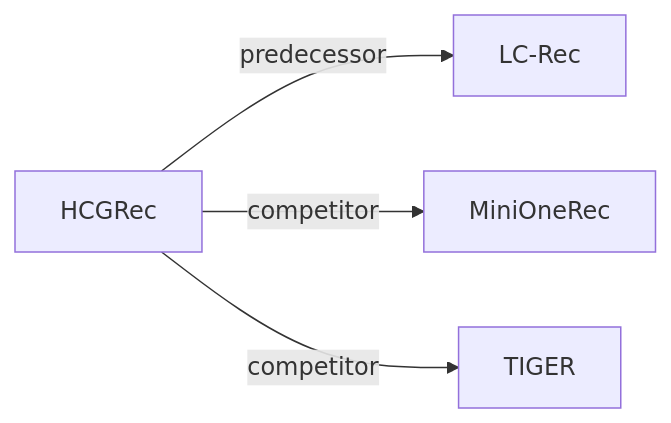
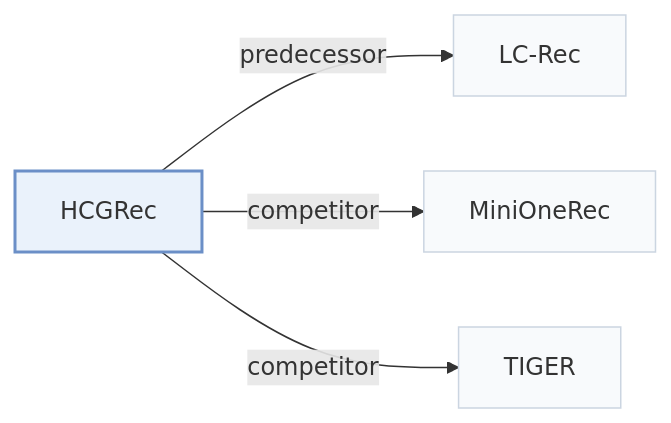
Before and after one commit to Galaxy-ghost/Awesome-SID-Generative-Rec: the second of 2 diagrams in pages/papers/hcgrec.md, drawn with Mermaid. The commit also changed other lines of this file and 649 other files, not shown here.

Commit message:
writer-05: also tags and modality index (schema, check, build, visuals); summary field removed; calibration data for 12 papers

````diff
--- a/pages/papers/hcgrec.md
+++ b/pages/papers/hcgrec.md
@@ -69,7 +73,11 @@
 ```mermaid
 flowchart LR
     P["HCGRec"]
-    P -->|predecessor| A["LC-Rec"]
-    P -->|competitor| B["MiniOneRec"]
-    P -->|competitor| C["TIGER"]
+    P -->|"predecessor"| A["LC-Rec"]
+    P -->|"competitor"| B["MiniOneRec"]
+    P -->|"competitor"| C["TIGER"]
+    classDef main fill:#eaf2fb,stroke:#6b8fc7,stroke-width:2px
+    classDef peer fill:#f8fafc,stroke:#cbd5e1
+    class P main
+    class A,B,C peer
 ```
````
